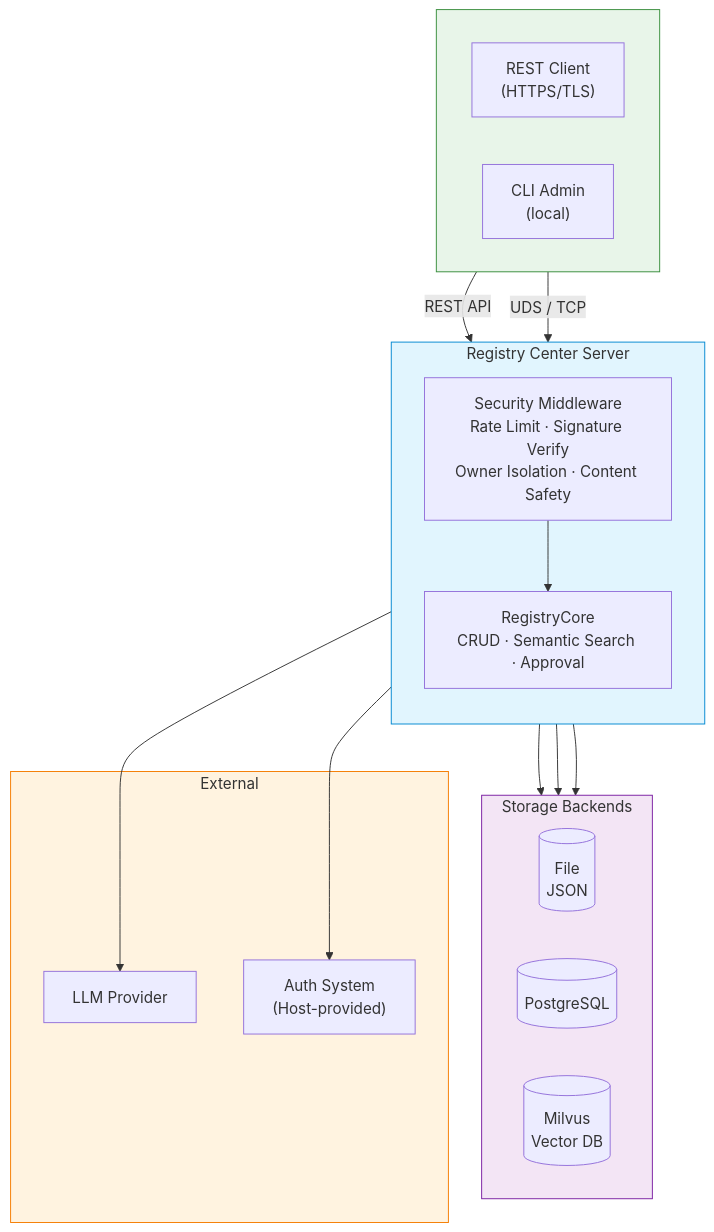
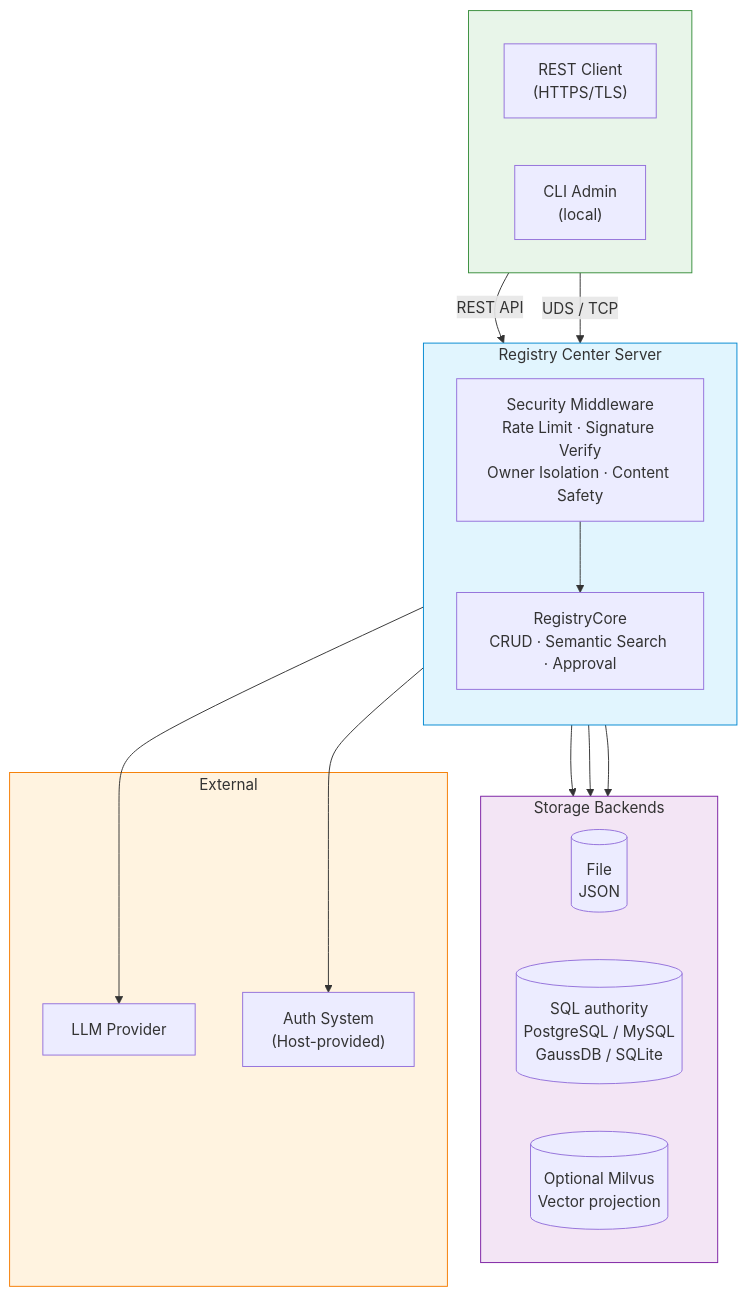
One commit to Zhoujie628/registry-center changed the diagram in README.md. Above: the diagram before and after it, drawn with Mermaid. The commit also changed other lines of this file and 16 other files, not shown here.

````diff
--- a/README.md
+++ b/README.md
@@ -140,40 +141,40 @@
 ```mermaid
 flowchart TB
     subgraph clients[" "]
         direction LR
         rest["REST Client<br/>(HTTPS/TLS)"]
         cli["CLI Admin<br/>(local)"]
     end
 
     subgraph server["Registry Center Server"]
         direction TB
         mw["Security Middleware<br/>Rate Limit · Signature Verify<br/>Owner Isolation · Content Safety"]
         core["RegistryCore<br/>CRUD · Semantic Search · Approval"]
     end
 
     subgraph storage["Storage Backends"]
         direction LR
         file[("File<br/>JSON")]
-        pg[("PostgreSQL")]
-        milvus[("Milvus<br/>Vector DB")]
+        pg[("SQL authority<br/>PostgreSQL / MySQL<br/>GaussDB / SQLite")]
+        milvus[("Optional Milvus<br/>Vector projection")]
     end
 
     subgraph ext["External"]
         llm["LLM Provider"]
         auth["Auth System<br/>(Host-provided)"]
     end
 
     rest -->|"REST API"| mw
     cli -->|"UDS / TCP"| core
     mw --> core
     core --> file
     core --> pg
     core --> milvus
     core --> llm
     core --> auth
 
     style server fill:#e1f5fe,stroke:#0288d1
     style storage fill:#f3e5f5,stroke:#7b1fa2
     style clients fill:#e8f5e9,stroke:#388e3c
     style ext fill:#fff3e0,stroke:#f57c00
 ```
````
